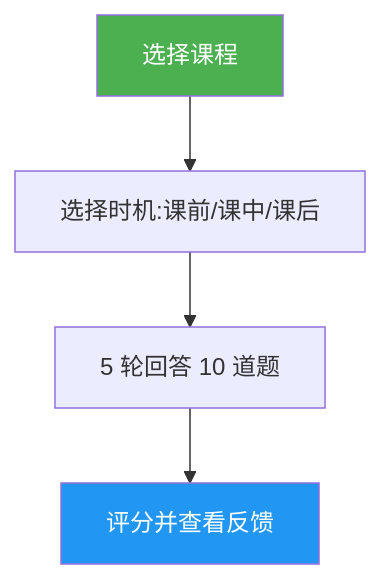
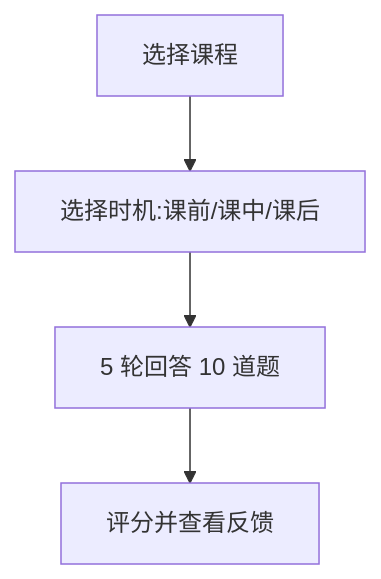
The diagram in claude-howto-zh/.claude/skills/lesson-quiz/README.md (Rx782-Fss/claude-howto-zh), drawn with Mermaid before and after one commit. The commit also changed 9 other files, not shown here.

Commit message:
fix: 清除 Mermaid style 行(105处)和节点标签数字列表格式(17处)，修复 Obsidian/GitHub 'Unsupported markdown: list' 渲染错误

````diff
--- a/claude-howto-zh/.claude/skills/lesson-quiz/README.md
+++ b/claude-howto-zh/.claude/skills/lesson-quiz/README.md
@@ -25,8 +25,6 @@
 ```mermaid
 graph TD
     A["选择课程"] --> B["选择时机:课前/课中/课后"]
     B --> C["5 轮回答 10 道题"]
     C --> D["评分并查看反馈"]
-    style A fill:#4CAF50,color:#fff
-    style D fill:#2196F3,color:#fff
 ```
````
